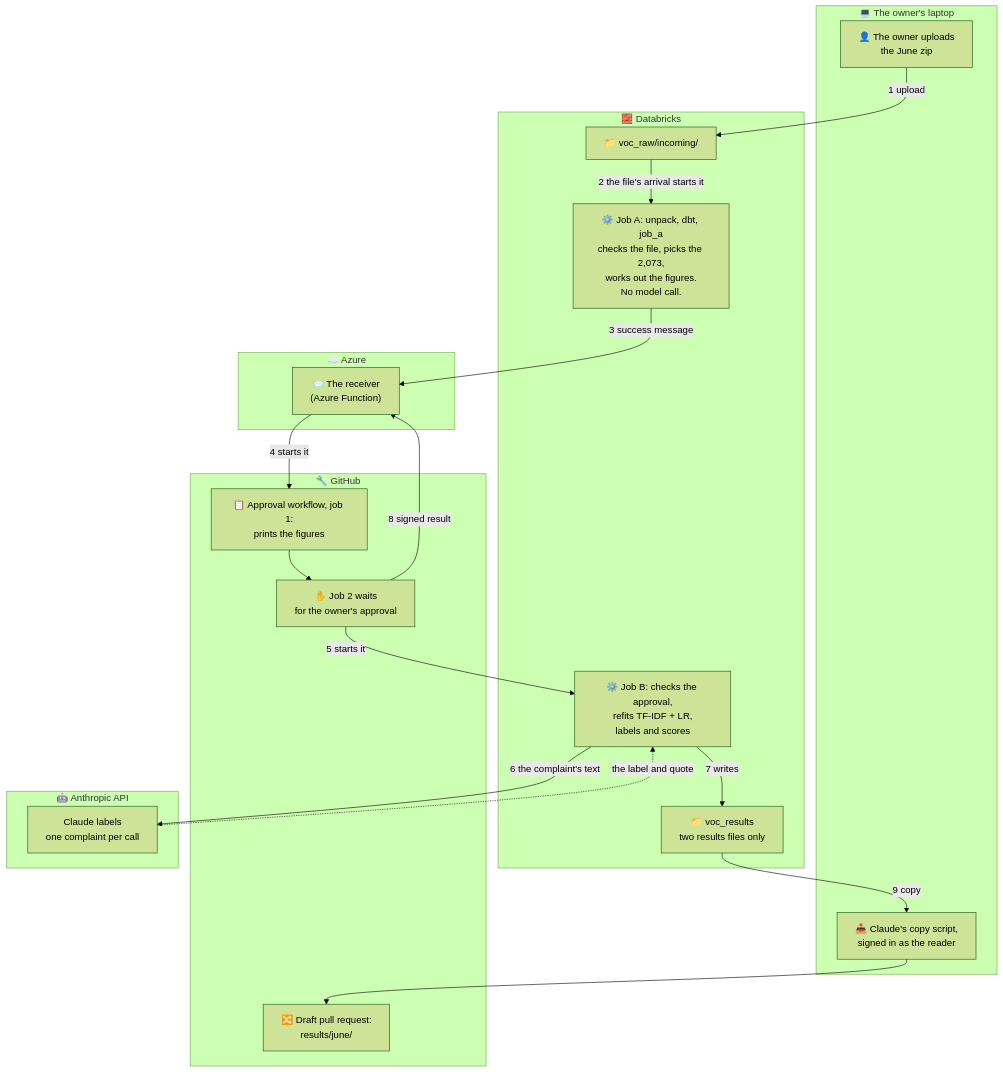
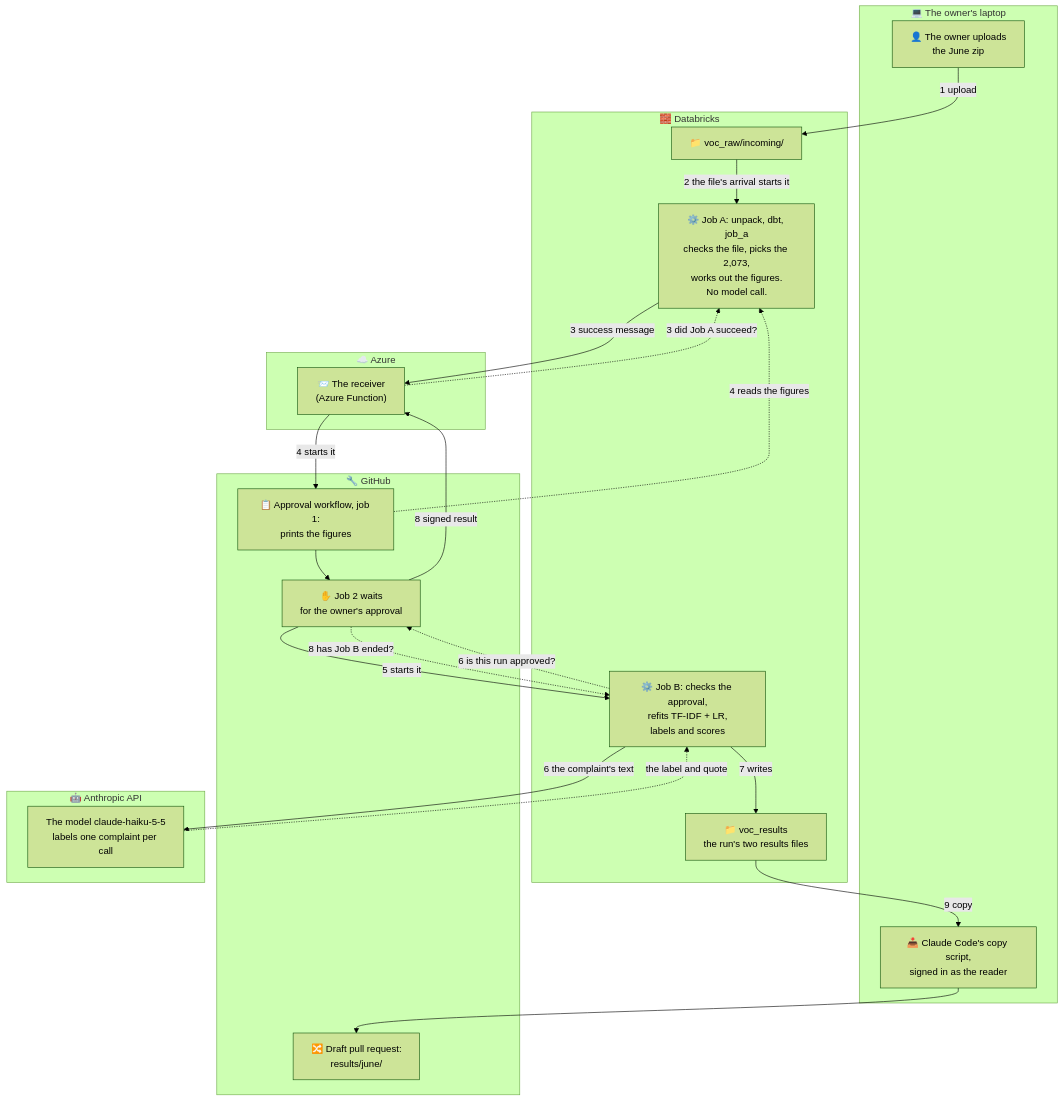
The diagram in docs/CLOUD_RUN.md (MannyAdc/voc-demo), drawn with Mermaid (forest theme) before and after one commit. The commit also changed other lines of this file and 1 other file, not shown here.

Commit message:
Fix the review of the cloud run page

````diff
--- a/docs/CLOUD_RUN.md
+++ b/docs/CLOUD_RUN.md
@@ -34,36 +52,40 @@
 ```mermaid
 flowchart TB
     subgraph PC["💻 The owner's laptop"]
         UP["👤 The owner uploads<br/>the June zip"]
-        CP["📥 Claude's copy script,<br/>signed in as the reader"]
+        CP["📥 Claude Code's copy script,<br/>signed in as the reader"]
     end
     subgraph DBX["🧱 Databricks"]
         IN["📁 voc_raw/incoming/"]
         JA["⚙️ Job A: unpack, dbt, job_a<br/>checks the file, picks the 2,073,<br/>works out the figures.<br/>No model call."]
         JB["⚙️ Job B: checks the approval,<br/>refits TF-IDF + LR,<br/>labels and scores"]
-        RES["📁 voc_results<br/>two results files only"]
+        RES["📁 voc_results<br/>the run's two results files"]
     end
     subgraph AZ["☁️ Azure"]
         RCV["📨 The receiver<br/>(Azure Function)"]
     end
     subgraph GH["🔧 GitHub"]
         W1["📋 Approval workflow, job 1:<br/>prints the figures"]
         W2["✋ Job 2 waits<br/>for the owner's approval"]
         PR["🔀 Draft pull request:<br/>results/june/"]
     end
     subgraph AN["🤖 Anthropic API"]
-        API["Claude labels<br/>one complaint per call"]
+        API["The model claude-haiku-5-5<br/>labels one complaint per call"]
     end
     UP -- "1 upload" --> IN
     IN -- "2 the file's arrival starts it" --> JA
     JA -- "3 success message" --> RCV
+    RCV -. "3 did Job A succeed?" .-> JA
     RCV -- "4 starts it" --> W1
+    W1 -. "4 reads the figures" .-> JA
     W1 --> W2
     W2 -- "5 starts it" --> JB
+    JB -. "6 is this run approved?" .-> W2
     JB -- "6 the complaint's text" --> API
     API -. "the label and quote" .-> JB
     JB -- "7 writes" --> RES
+    W2 -. "8 has Job B ended?" .-> JB
     W2 -- "8 signed result" --> RCV
     RES -- "9 copy" --> CP
     CP --> PR
 ```
````
